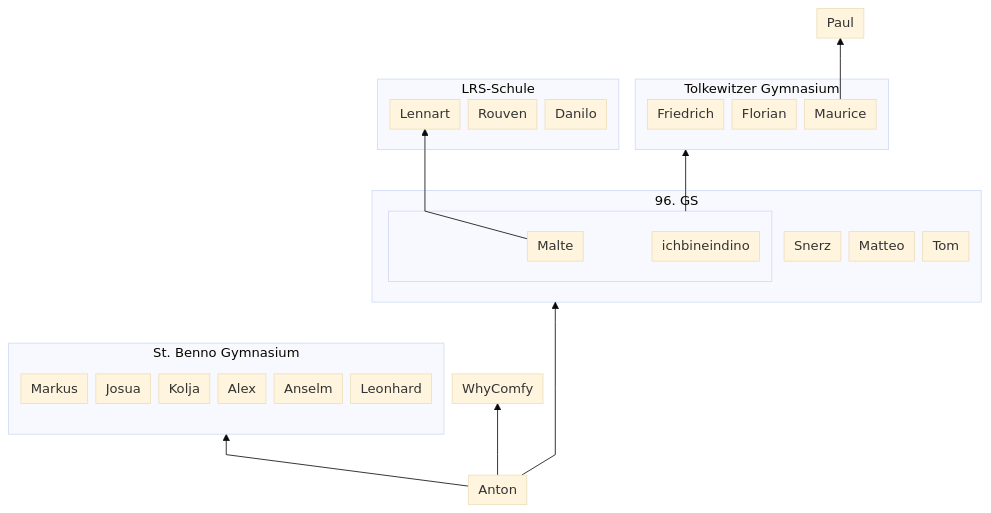
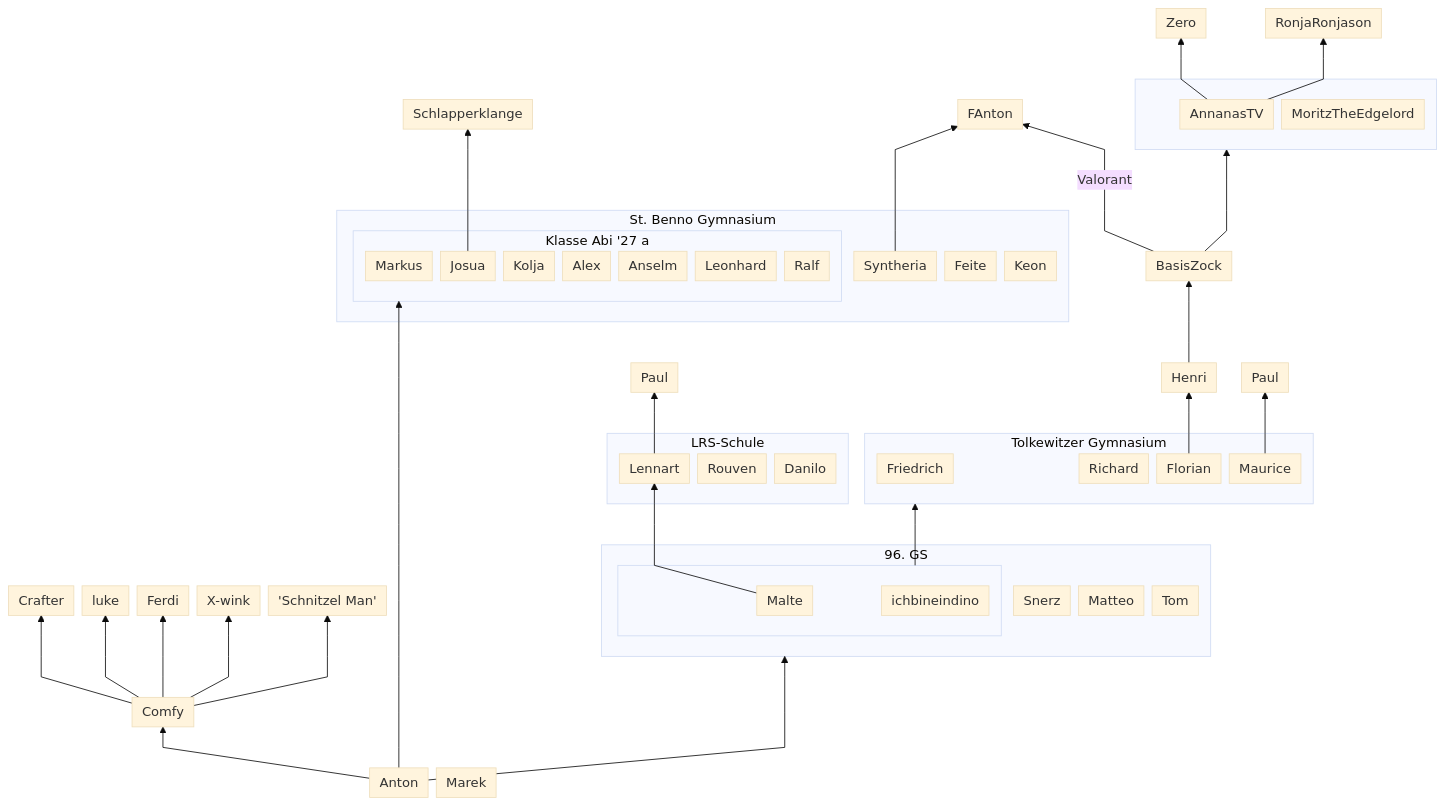
The diagram in Stammbaum.md (Blazes-Meta/assets), drawn with Mermaid (base theme) before and after one commit.

````diff
--- a/Stammbaum.md
+++ b/Stammbaum.md
@@ -9,21 +9,39 @@
 ---
 flowchart BT
 
-Annhilati[Anton] ---> 96gs
-Annhilati --> WhyComfy
-Annhilati --> benno
+Annhilati[Anton]
 
-subgraph benno [St. Benno Gymnasium]
-    laemmicore[Markus]
-    joshi[Josua]
-    Pringelchen[Kolja]
-    brokkoli[Alex]
-    nocki[Anselm]
-    laserlink[Leonhard]
+Marek
+
+%% BEGINN Kontext St. Benno Gymnasium
+
+Annhilati --> kl27a
+
+subgraph StBennoGymnasium [St. Benno Gymnasium]
+    subgraph kl27a [Klasse Abi '27 a]
+        laemmicore[Markus]
+        joshi[Josua]
+        Pringelchen[Kolja]
+        brokkoli[Alex]
+        nocki[Anselm]
+        laserlink[Leonhard]
+        ralfopro[Ralf]
+    end
+    Syntheria
+    Feite
+    PearlyPinky[Keon]
 end
+Syntheria --> FAnton
 
-subgraph 96gs [96. GS]
-    subgraph 96twgym [ ]
+joshi --> Schlapperklange
+
+%% ENDE Kontext St. Benno Gymnasium
+%% BEGINN Kontext 96. GS
+
+Annhilati[Anton] ---> 96Grundschule
+
+subgraph 96Grundschule [96. GS]
+    subgraph 96GSxTolkewitz [ ]
         Malte
         Fionn[ichbineindino]
     end
@@ -32,20 +50,49 @@
     Tom
 end
 
+%% ENDE Kontext 96. GS
+%% BEGINN Kontext Tolkewitz
+
 Malte --> lurzz
-96twgym --> twgym
+lurzz --> dopesince[Paul]
+96GSxTolkewitz --> TolkewitzerGymnasium
 
-subgraph twgym [Tolkewitzer Gymnasium]
-    Friedrich
+subgraph TolkewitzerGymnasium [Tolkewitzer Gymnasium]
+    RandomDude[Friedrich]
+    GermanDaddy[Richard]
     Florian
     Creepnox[Maurice]
 end
 Creepnox --> speakbleyt[Paul]
+Florian --> Henri
 
-subgraph lrs [LRS-Schule]
+%% ENDE Kontext Tolkewitz
+
+subgraph LRSSchule [LRS-Schule]
     lurzz[Lennart]
     gardine[Rouven]
     Danilo[Danilo]
 end
 
+Henri --> BasisZock
+BasisZock --> BasisZockViewer
+BasisZock -- Valorant --> FAnton
+subgraph BasisZockViewer [ ]
+    AnnanasTV
+    MoritzTheEdgelord
+end
+
+AnnanasTV --> Zero
+AnnanasTV --> RonjaRonjason
+
+%% BEGINN Kontext Comfy
+
+Annhilati --> Comfy
+Comfy --> Crafter
+Comfy --> luke
+Comfy --> Ferdi
+Comfy --> Xwink[X-wink]
+Comfy --> Arabroke['Schnitzel Man']
+
+%% ENDE Kontext Comfy
 ```
````
